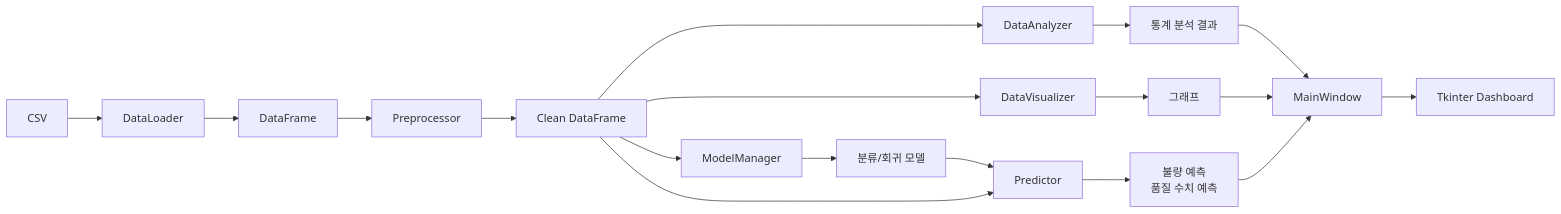
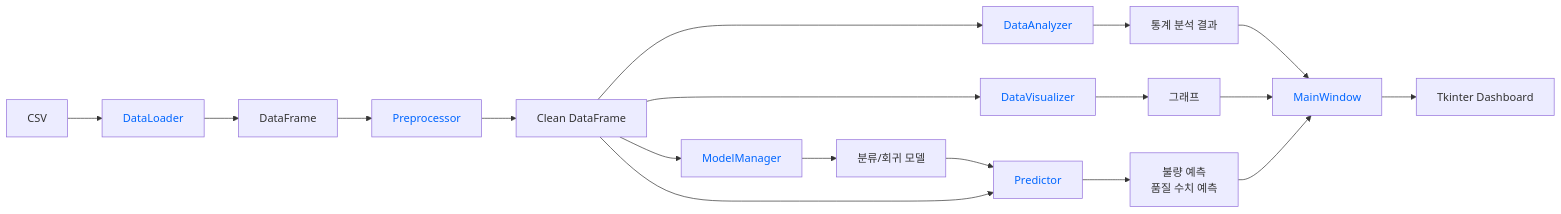
One commit to mitsuiJin/python-mini-project changed the diagram in README.md. Above: the diagram before and after it, drawn with Mermaid.

Commit message:
readme 아키텍처 클래스 글자 색 변경

````diff
--- a/README.md
+++ b/README.md
@@ -3,29 +3,35 @@
 ```mermaid
 graph LR
 
     A[CSV] --> B[DataLoader]
     B --> C[DataFrame]
 
     C --> D[Preprocessor]
     D --> E[Clean DataFrame]
 
     E --> F[DataAnalyzer]
     E --> G[DataVisualizer]
     E --> H[ModelManager]
 
     F --> I[통계 분석 결과]
     G --> J[그래프]
 
     H --> K[분류/회귀 모델]
 
     K --> L[Predictor]
     E --> L
 
     L --> M[불량 예측<br/>품질 수치 예측]
 
     I --> N[MainWindow]
     J --> N
     M --> N
 
     N --> O[Tkinter Dashboard]
+
+    %% 클래스 글자색
+    classDef pythonClass color:#0066ff;
+
+    %% 클래스 지정
+    class B,D,F,G,H,L,N pythonClass;
 ```
````
